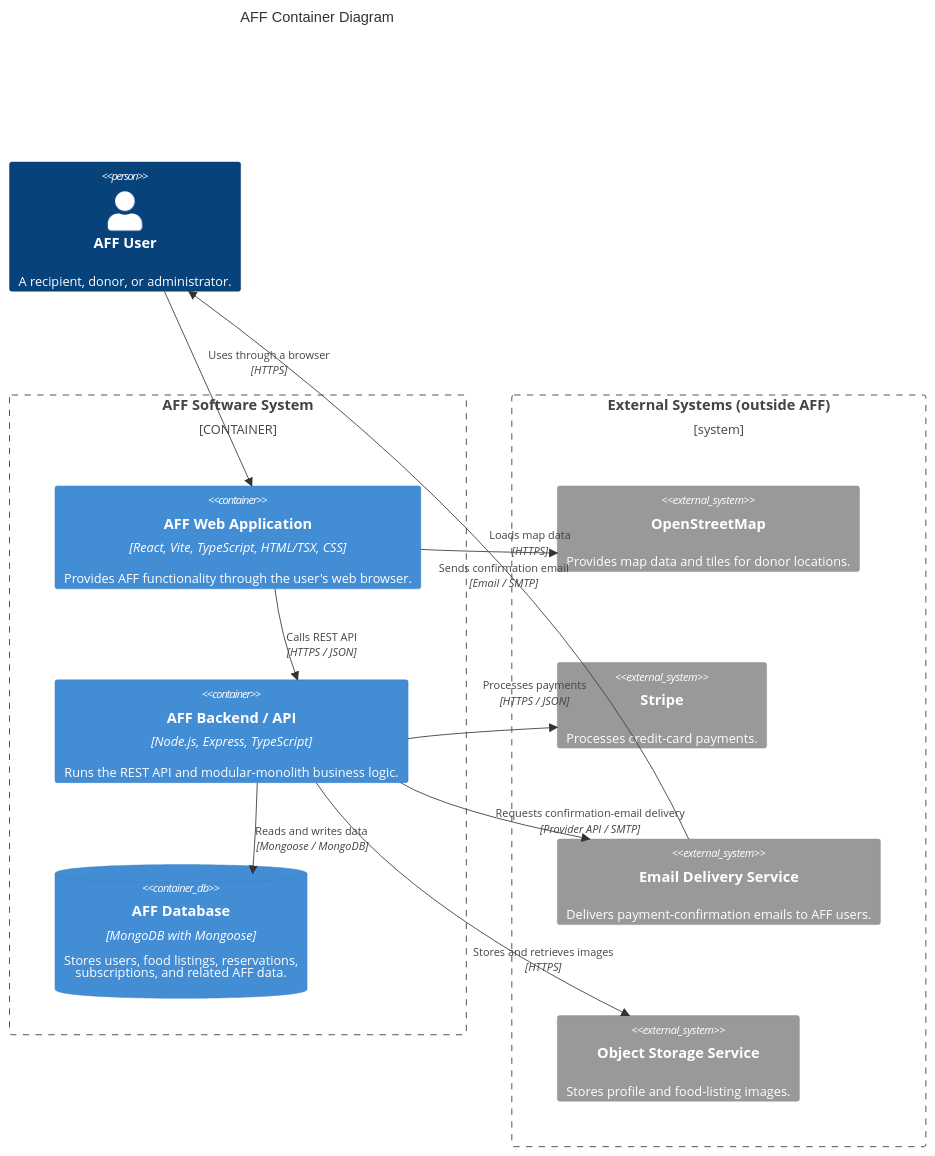
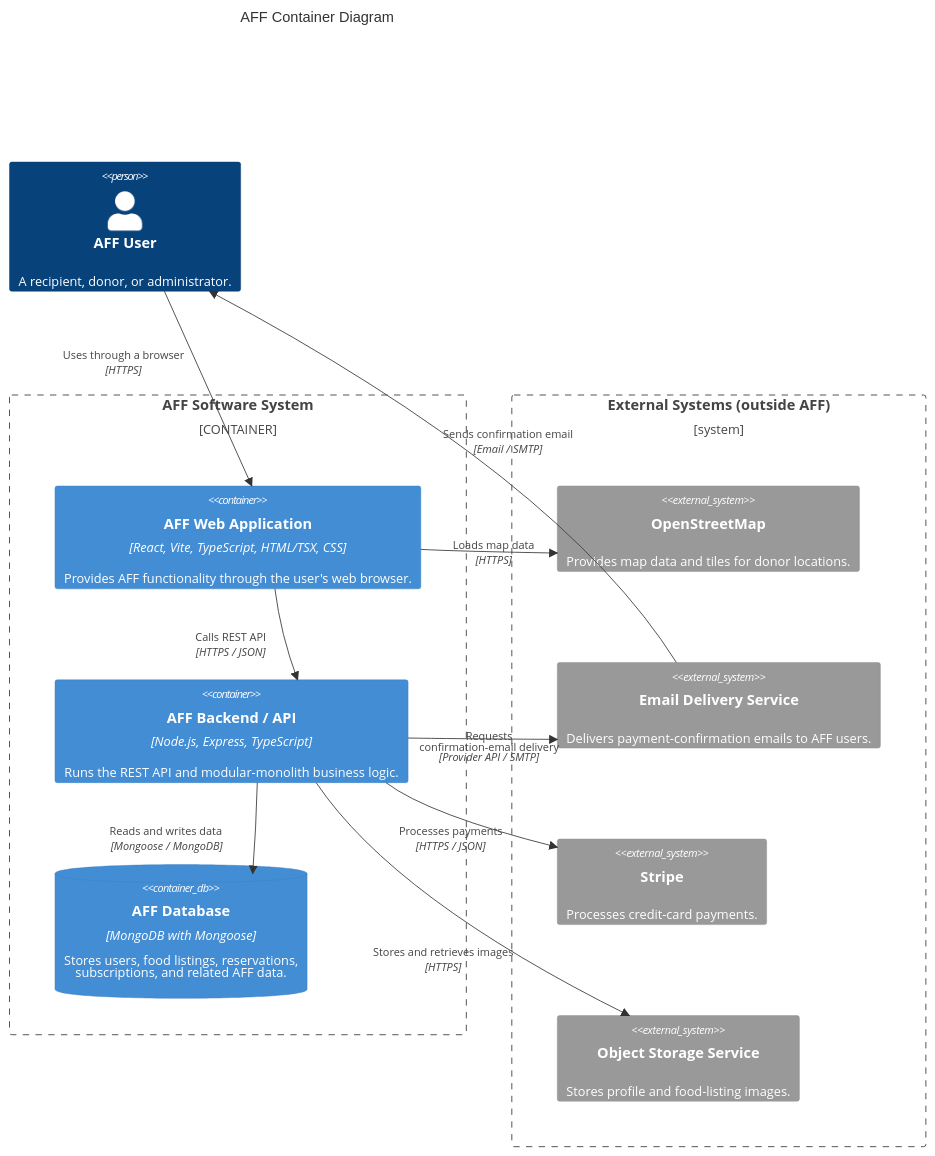
Before and after one commit to 2026B-FullStackDevelopment/aff: the diagram in docs/container-diagram.md, drawn with Mermaid. The commit also changed other lines of this file, not shown here.

Commit message:
Refactor AFF container diagram: reorder external systems, enhance email flow description, and adjust relationship styles for clarity

````diff
--- a/docs/container-diagram.md
+++ b/docs/container-diagram.md
@@ -5,37 +5,41 @@
 ```mermaid
+
 C4Container
   title AFF Container Diagram
 
   Person(user, "AFF User", "A recipient, donor, or administrator.")
 
   Container_Boundary(aff, "AFF Software System") {
     Container(web, "AFF Web Application", "React, Vite, TypeScript, HTML/TSX, CSS", "Provides AFF functionality through the user's web browser.")
     Container(backend, "AFF Backend / API", "Node.js, Express, TypeScript", "Runs the REST API and modular-monolith business logic.")
     ContainerDb(database, "AFF Database", "MongoDB with Mongoose", "Stores users, food listings, reservations,<br/>subscriptions, and related AFF data.")
   }
 
   Boundary(externalSystems, "External Systems (outside AFF)") {
     System_Ext(openStreetMap, "OpenStreetMap", "Provides map data and tiles for donor locations.")
+    System_Ext(emailService, "Email Delivery Service", "Delivers payment-confirmation emails to AFF users.")
     System_Ext(stripe, "Stripe", "Processes credit-card payments.")
-    System_Ext(emailService, "Email Delivery Service", "Delivers payment-confirmation emails to AFF users.")
     System_Ext(objectStorage, "Object Storage Service", "Stores profile and food-listing images.")
   }
 
   Rel_Down(user, web, "Uses through a browser", "HTTPS")
-  UpdateRelStyle(user, web, $offsetX="0", $offsetY="-40")
   Rel_Down(web, backend, "Calls REST API", "HTTPS / JSON")
   Rel_Down(backend, database, "Reads and writes data", "Mongoose / MongoDB")
 
   Rel_Right(web, openStreetMap, "Loads map data", "HTTPS")
+  Rel_Right(backend, emailService, "Requests <br/> confirmation-email delivery", "Provider API / SMTP")
   Rel_Right(backend, stripe, "Processes payments", "HTTPS / JSON")
-  Rel_Right(backend, emailService, "Requests confirmation-email delivery", "Provider API / SMTP")
   Rel_Up(emailService, user, "Sends confirmation email", "Email / SMTP")
   Rel_Right(backend, objectStorage, "Stores and retrieves images", "HTTPS")
 
-  UpdateRelStyle(web, openStreetMap, $offsetY="-20")
-  UpdateRelStyle(backend, stripe, $offsetY="-55")
-  UpdateRelStyle(backend, emailService, $offsetY="0")
-  UpdateRelStyle(backend, objectStorage, $offsetY="55")
+  UpdateRelStyle(user, web, $offsetX="-160", $offsetY="-40")
+  UpdateRelStyle(web, backend, $offsetX="-100", $offsetY="0")
+  UpdateRelStyle(backend, database, $offsetX="-160", $offsetY="0")
+  UpdateRelStyle(web, openStreetMap, $offsetX="-40", $offsetY="-10")
+  UpdateRelStyle(backend, emailService, $offsetX="-70", $offsetY="0")
+  UpdateRelStyle(backend, stripe, $offsetX="-80", $offsetY="15")
+  UpdateRelStyle(emailService, user, $offsetX="0", $offsetY="-50")
+  UpdateRelStyle(backend, objectStorage, $offsetX="-110", $offsetY="55")
 
   UpdateLayoutConfig($c4ShapeInRow="1", $c4BoundaryInRow="2")
 ```
````
